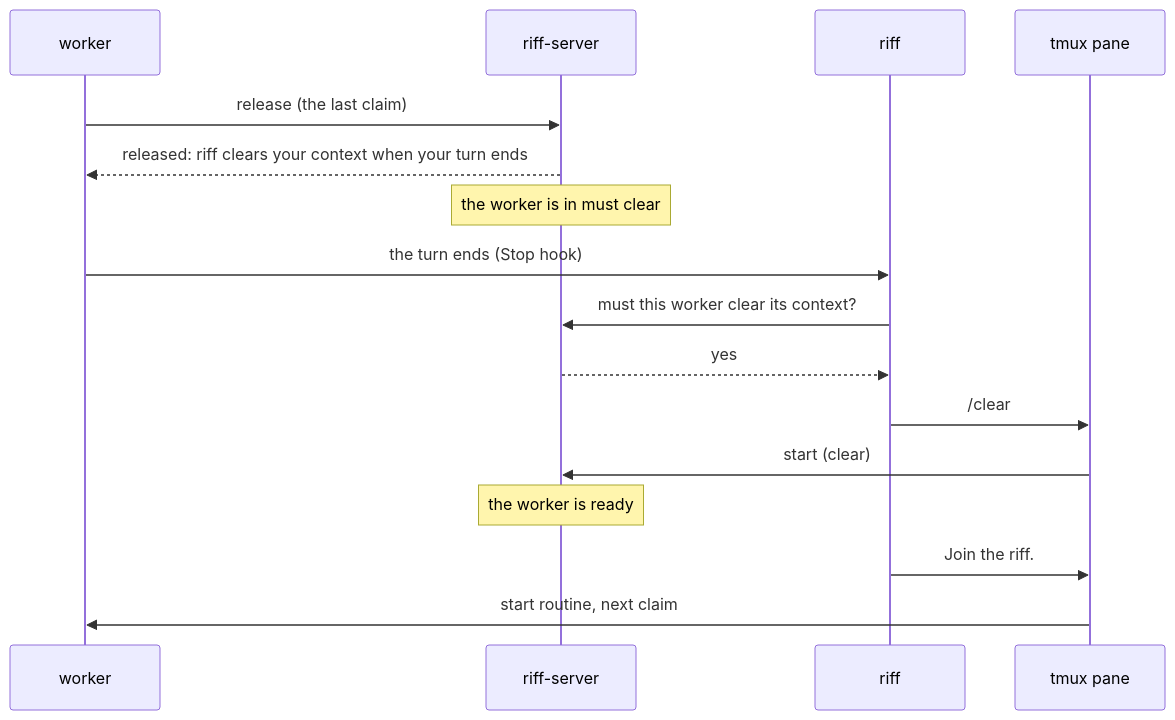
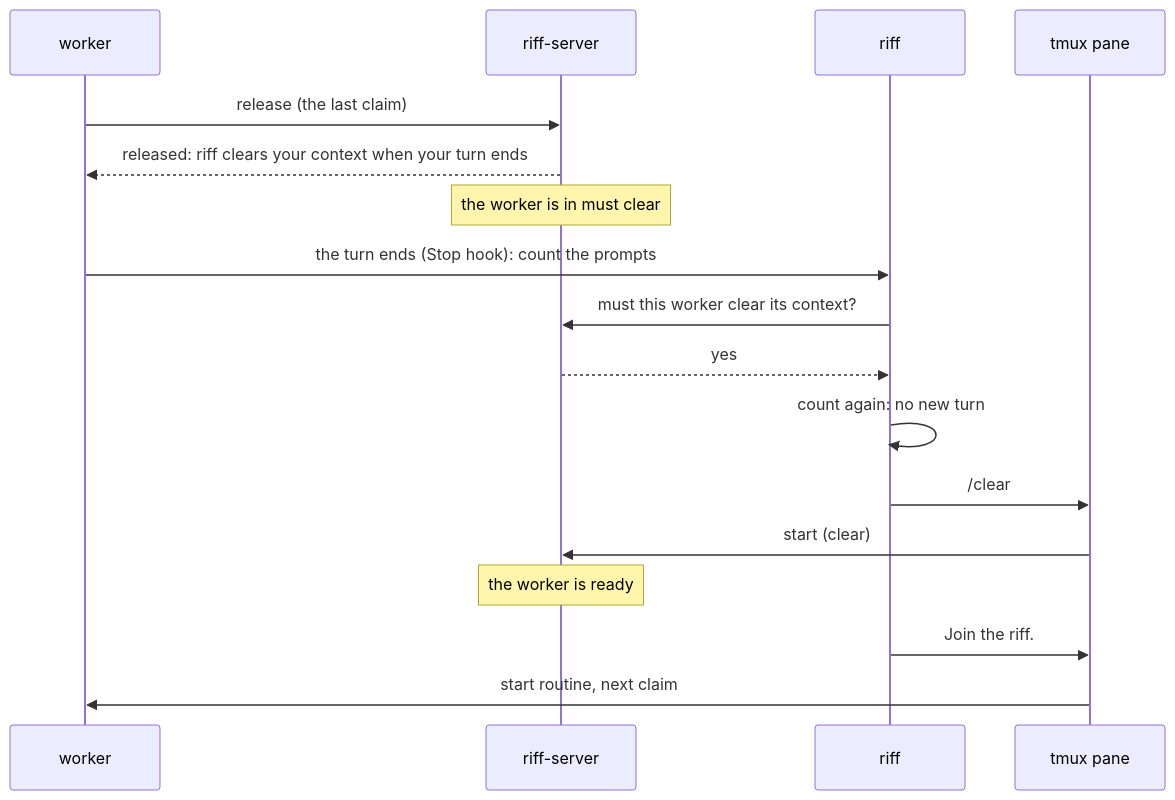
Before and after one commit to como-technologies/riff: diagram 50 of 56 in docs/src/how-it-works.md, drawn with Mermaid. The commit also changed other lines of this file and 4 other files, not shown here.

First line of the commit message:
The Stop hook counts the prompts, and the clear counts again just before /clear (#463)

````diff
--- a/docs/src/how-it-works.md
+++ b/docs/src/how-it-works.md
@@ -3577,18 +3580,19 @@
 ```mermaid
 sequenceDiagram
     participant W as worker
     participant S as riff-server
     participant R as riff
     participant T as tmux pane
     W->>S: release (the last claim)
     S-->>W: released: riff clears your context when your turn ends
     Note over S: the worker is in must clear
-    W->>R: the turn ends (Stop hook)
+    W->>R: the turn ends (Stop hook): count the prompts
     R->>S: must this worker clear its context?
     S-->>R: yes
+    R->>R: count again: no new turn
     R->>T: /clear
     T->>S: start (clear)
     Note over S: the worker is ready
     R->>T: Join the riff.
     T->>W: start routine, next claim
 ```
````
